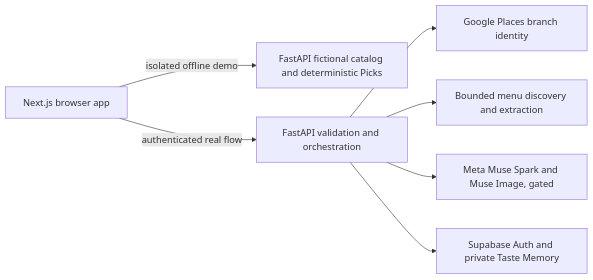
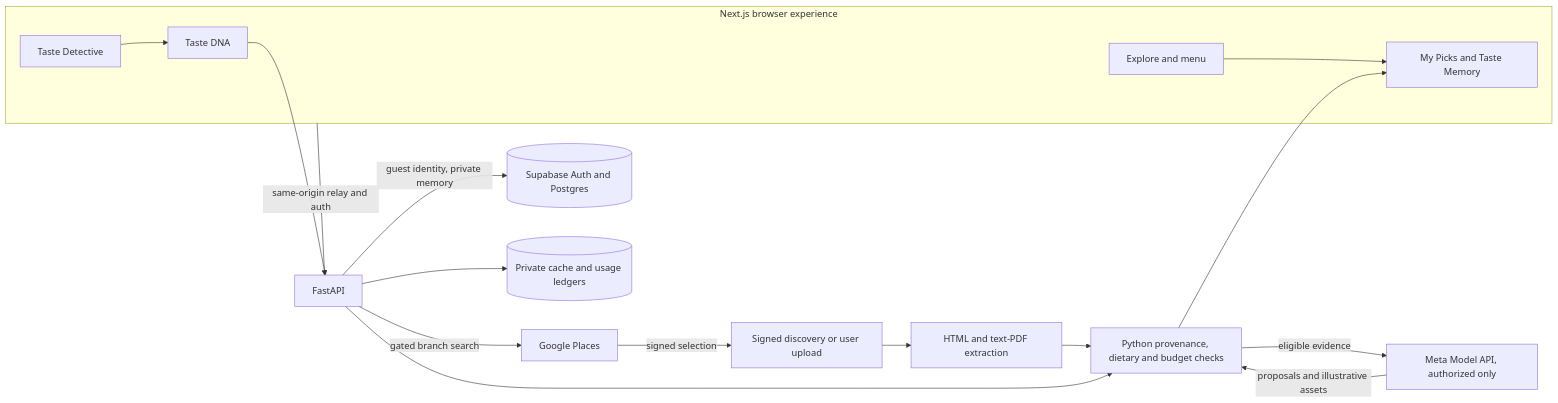
One commit to roshar29000-ds/DineTuned-OpenSource changed the first of 3 diagrams in README.md. Above: the diagram before and after it, drawn with Mermaid. The commit also changed other lines of this file and 11 other files, not shown here.

Commit message:
Document four-model Meta architecture and add gated Wonder and SAM adapters

````diff
--- a/README.md
+++ b/README.md
@@ -88,9 +31,19 @@
 ```mermaid
 flowchart LR
-  Browser[Next.js browser app] -->|isolated offline demo| Demo[FastAPI fictional catalog and deterministic Picks]
-  Browser -->|authenticated real flow| API[FastAPI validation and orchestration]
-  API --> Places[Google Places branch identity]
-  API --> Sources[Bounded menu discovery and extraction]
-  API --> Meta[Meta Muse Spark and Muse Image, gated]
-  API --> Private[Supabase Auth and private Taste Memory]
+  subgraph Browser[Next.js browser experience]
+    Detective[Taste Detective] --> DNA[Taste DNA]
+    Explore[Explore and menu] --> PicksUI[My Picks and Taste Memory]
+  end
+  Browser -->|same-origin relay and auth| API[FastAPI]
+  API -->|gated branch search| Google[Google Places]
+  Google -->|signed selection| Menu[Signed discovery or user upload]
+  Menu --> Extract[HTML and text-PDF extraction]
+  Extract --> Validate[Python provenance, dietary and budget checks]
+  DNA --> API
+  API --> Validate
+  Validate -->|eligible evidence| Meta[Meta Model API, authorized only]
+  Meta -->|proposals and illustrative assets| Validate
+  Validate --> PicksUI
+  API -->|guest identity, private memory| Supabase[(Supabase Auth and Postgres)]
+  API --> Local[(Private cache and usage ledgers)]
 ```
````
